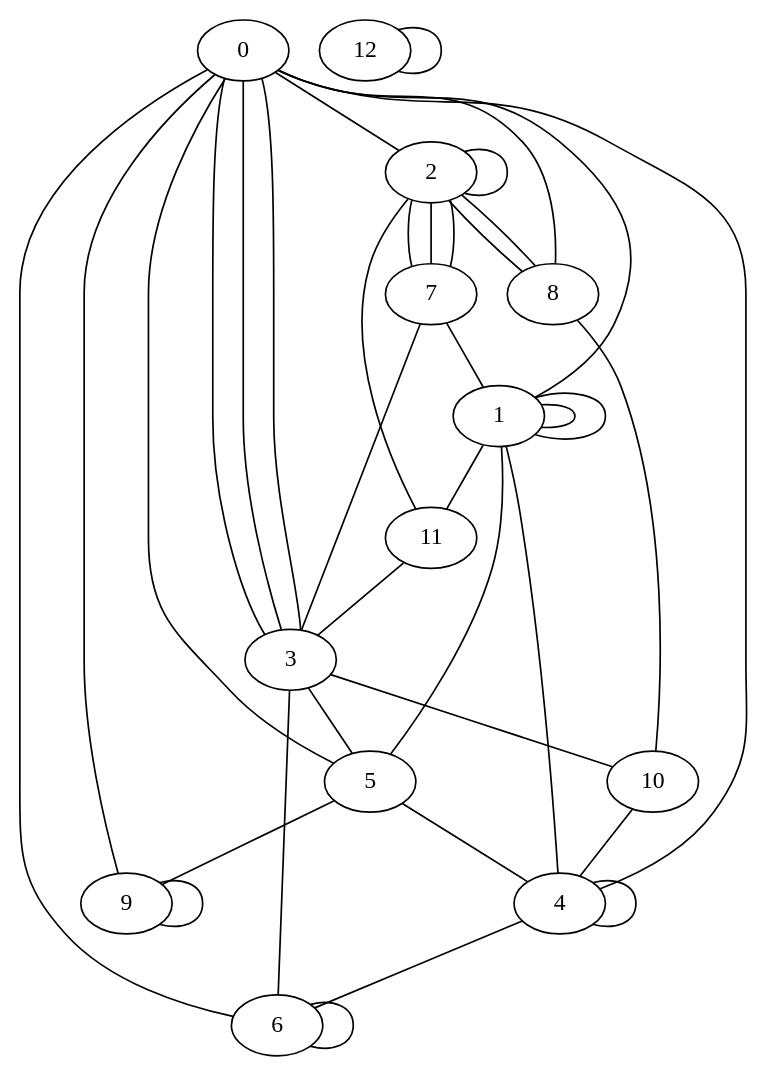
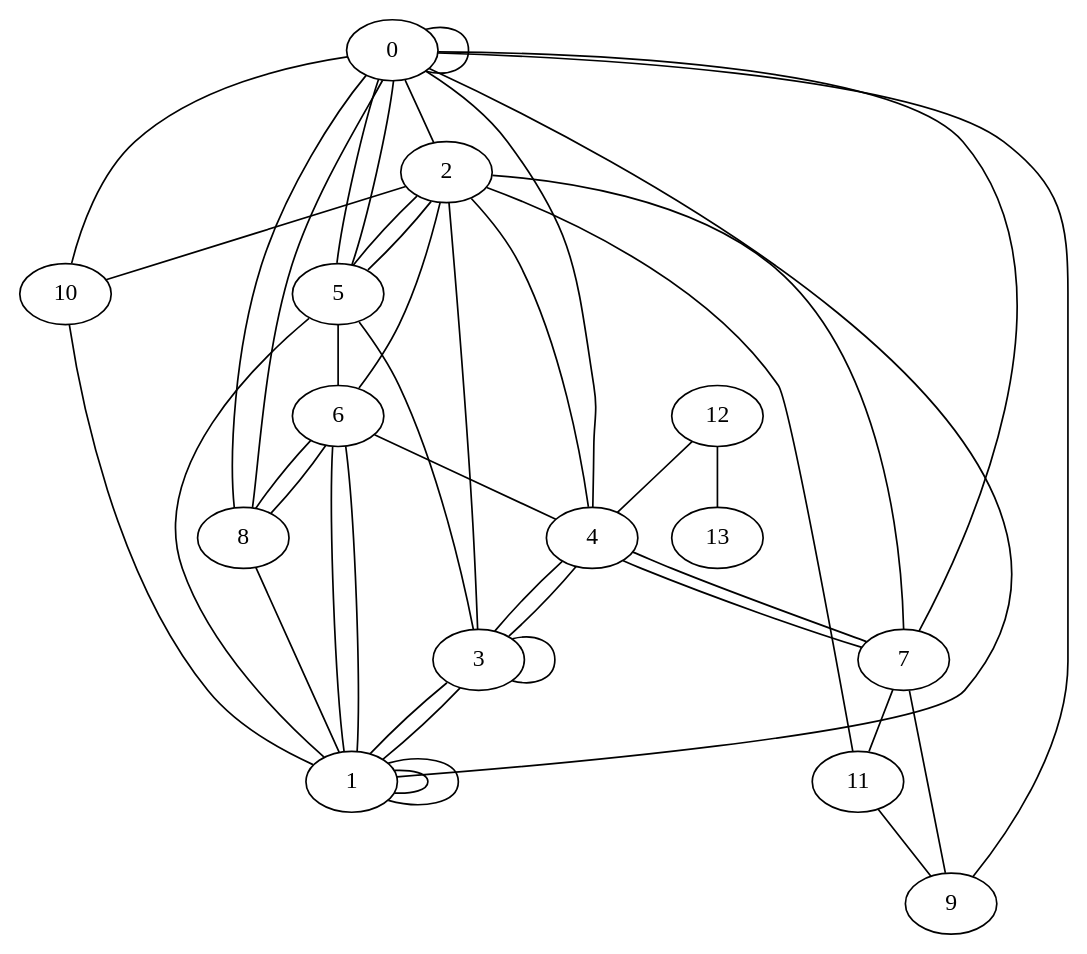
Before and after one commit to denizsurmeli/random-graph-generator: the diagram in feeds/out/O-9-15-15-PM.dot, drawn with Graphviz. The commit also changed 68 other files, not shown here.

```diff
--- a/feeds/out/O-9-15-15-PM.dot
+++ b/feeds/out/O-9-15-15-PM.dot
@@ -1,52 +1,59 @@
 graph G {
 0;
 1;
 2;
 3;
 4;
 5;
 6;
 7;
 8;
 9;
 10;
 11;
 12;
-6--6 ;
-3--10 ;
+13;
+8--6 ;
+12--13 ;
+1--1 ;
+3--4 ;
+4--3 ;
+0--5 ;
+5--3 ;
+8--0 ;
+6--2 ;
+1--0 ;
+11--9 ;
+1--1 ;
+0--9 ;
+4--2 ;
+7--4 ;
+6--8 ;
+7--9 ;
+3--1 ;
+6--1 ;
+3--2 ;
+7--2 ;
+10--1 ;
+6--4 ;
+12--4 ;
+5--1 ;
+3--3 ;
+0--4 ;
 0--2 ;
-0--6 ;
-7--1 ;
-2--2 ;
-10--4 ;
-4--1 ;
-1--1 ;
+8--0 ;
+8--1 ;
 11--2 ;
-0--8 ;
-5--4 ;
-8--2 ;
-2--7 ;
-8--10 ;
+7--0 ;
+6--1 ;
+0--0 ;
+10--0 ;
+2--10 ;
+2--5 ;
+5--2 ;
+3--1 ;
 0--5 ;
-5--9 ;
-3--0 ;
-0--3 ;
-0--9 ;
-4--4 ;
-4--6 ;
-1--11 ;
-1--0 ;
-6--3 ;
-9--9 ;
-3--5 ;
-3--7 ;
-7--2 ;
-5--1 ;
-11--3 ;
-7--2 ;
-1--1 ;
-0--3 ;
-12--12 ;
-2--8 ;
-4--0 ;
+7--11 ;
+5--6 ;
+4--7 ;
 }
```
